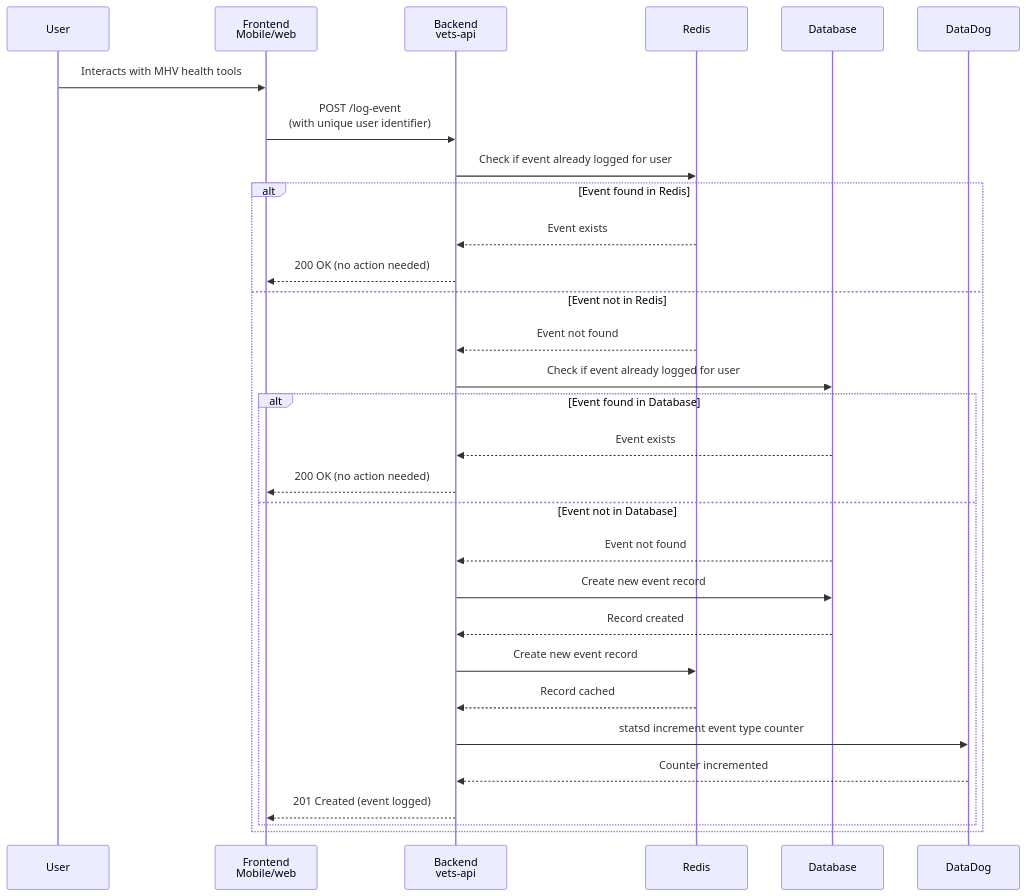
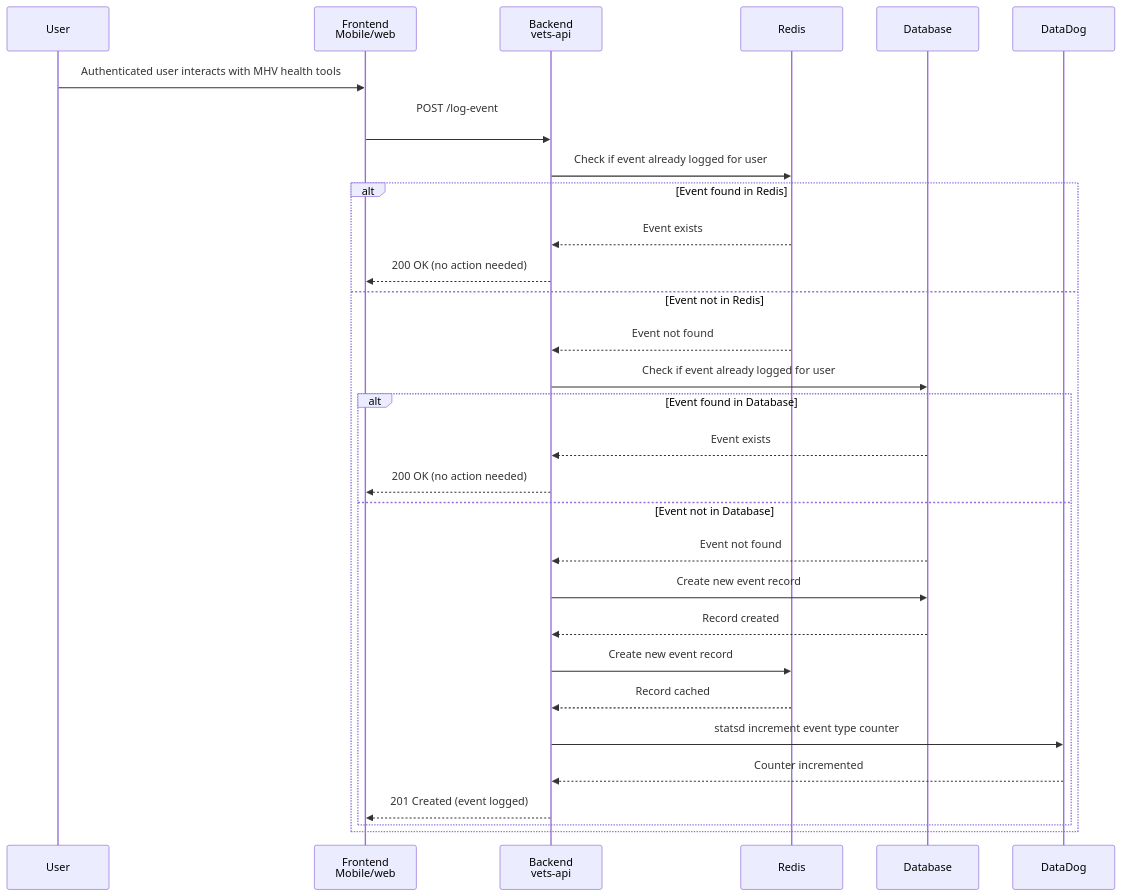
The first of 2 diagrams in products/health-care/patient-portal/mhv/2025-08-unique-user-metrics/design/README.md (department-of-veterans-affairs/va.gov-team), drawn with Mermaid before and after one commit. The commit also changed other lines of this file, not shown here.

Commit message:
Updated sequence diagram

````diff
--- a/products/health-care/patient-portal/mhv/2025-08-unique-user-metrics/design/README.md
+++ b/products/health-care/patient-portal/mhv/2025-08-unique-user-metrics/design/README.md
@@ -16,34 +16,34 @@
 ```mermaid
 sequenceDiagram
     participant User
     participant Frontend as Frontend<br/>Mobile/web
     participant API as Backend<br/>vets-api
     participant Redis
     participant Database
     participant DataDog
 
-    User->>Frontend: Interacts with MHV health tools
-    Frontend->>API: POST /log-event<br/>(with unique user identifier)
+    User->>Frontend: Authenticated user interacts with MHV health tools
+    Frontend->>API: POST /log-event<br/>
     
     API->>Redis: Check if event already logged for user
     alt Event found in Redis
         Redis-->>API: Event exists
         API-->>Frontend: 200 OK (no action needed)
     else Event not in Redis
         Redis-->>API: Event not found
         API->>Database: Check if event already logged for user
         alt Event found in Database
             Database-->>API: Event exists
             API-->>Frontend: 200 OK (no action needed)
         else Event not in Database
             Database-->>API: Event not found
             API->>Database: Create new event record
             Database-->>API: Record created
             API->>Redis: Create new event record
             Redis-->>API: Record cached
             API->>DataDog: statsd increment event type counter
             DataDog-->>API: Counter incremented
             API-->>Frontend: 201 Created (event logged)
         end
     end
 ```
````
